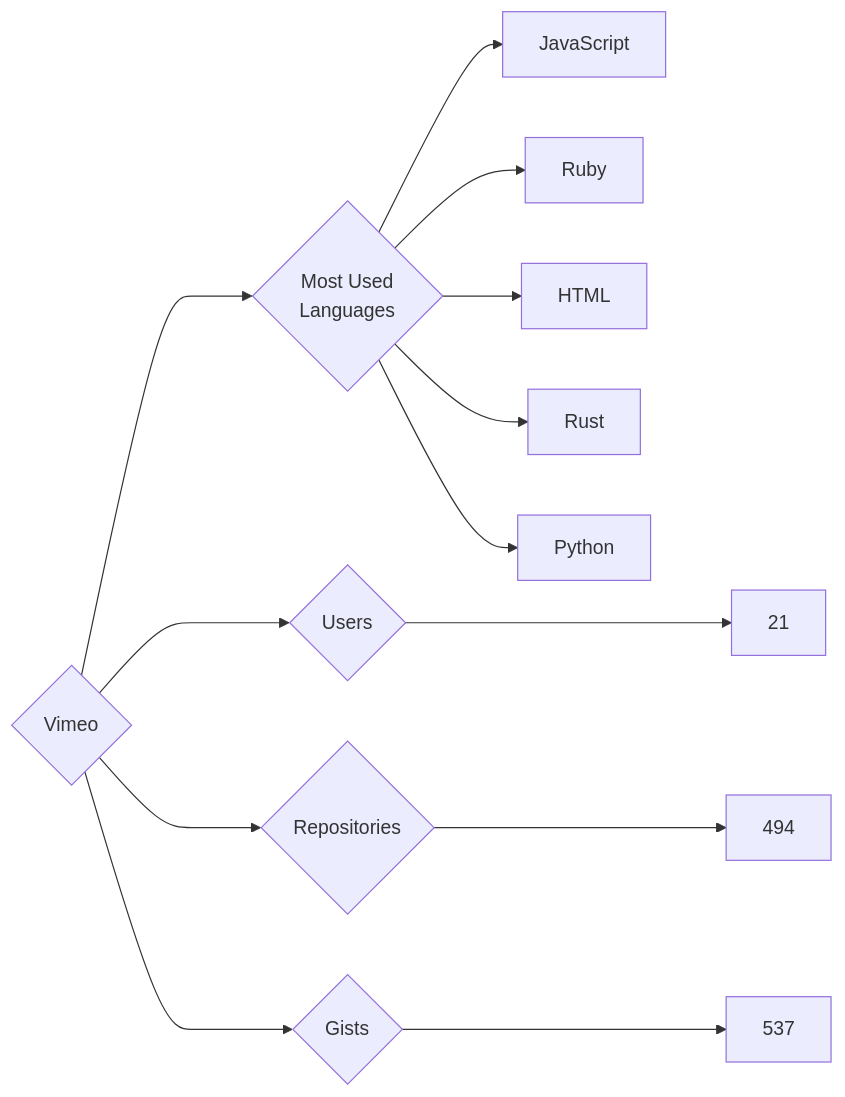
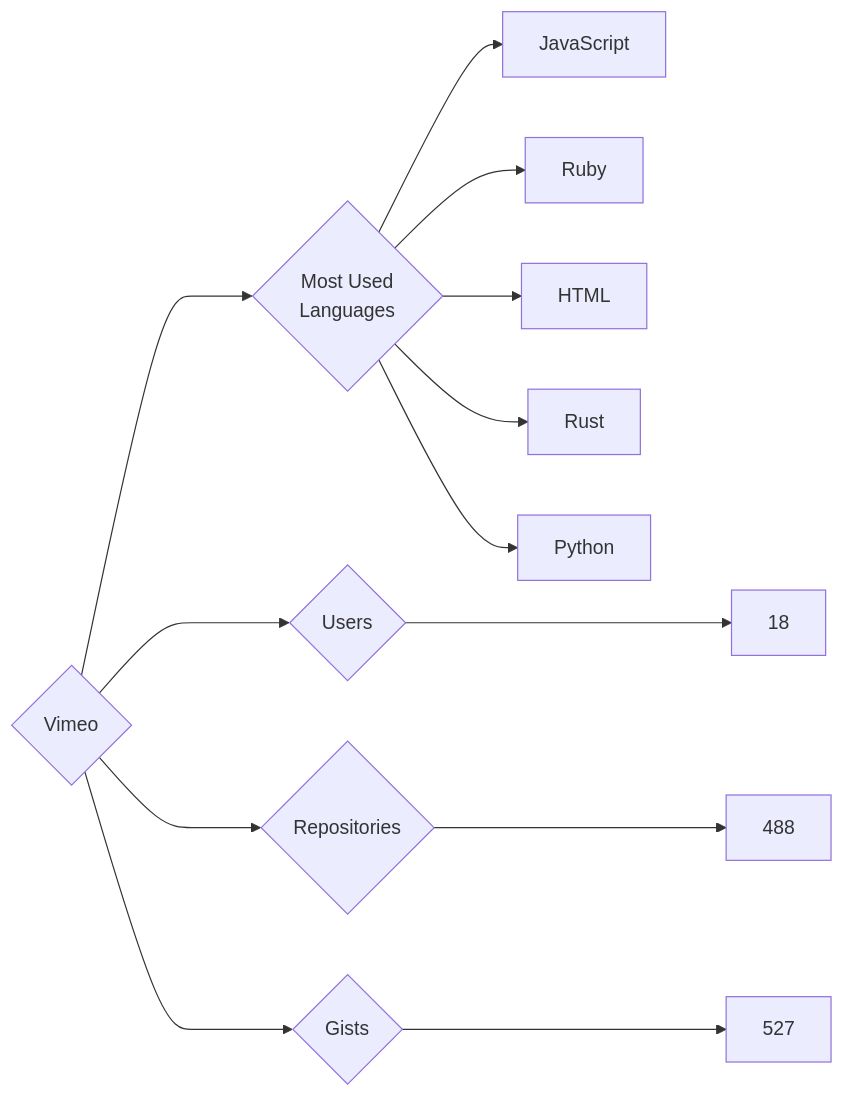
Before and after one commit to trickest/insiders: the diagram in targets/Vimeo/README.md, drawn with Mermaid. The commit also changed 860 other files, not shown here.

````diff
--- a/targets/Vimeo/README.md
+++ b/targets/Vimeo/README.md
@@ -3,13 +3,13 @@
 ```mermaid
 graph LR
 COMPANY_NAME{Vimeo}
-COMPANY_NAME ---> U{Users} ---> UN[21]
-COMPANY_NAME ---> R{Repositories} ---> RN[494]
-COMPANY_NAME ---> G{Gists} ---> GN[537]
+COMPANY_NAME ---> U{Users} ---> UN[18]
+COMPANY_NAME ---> R{Repositories} ---> RN[488]
+COMPANY_NAME ---> G{Gists} ---> GN[527]
 COMPANY_NAME ---> ML{Most Used<br>Languages}
 ML --> JavaScript[JavaScript]
 ML --> Ruby[Ruby]
 ML --> HTML[HTML]
 ML --> Rust[Rust]
 ML --> Python[Python]
 ```
````
